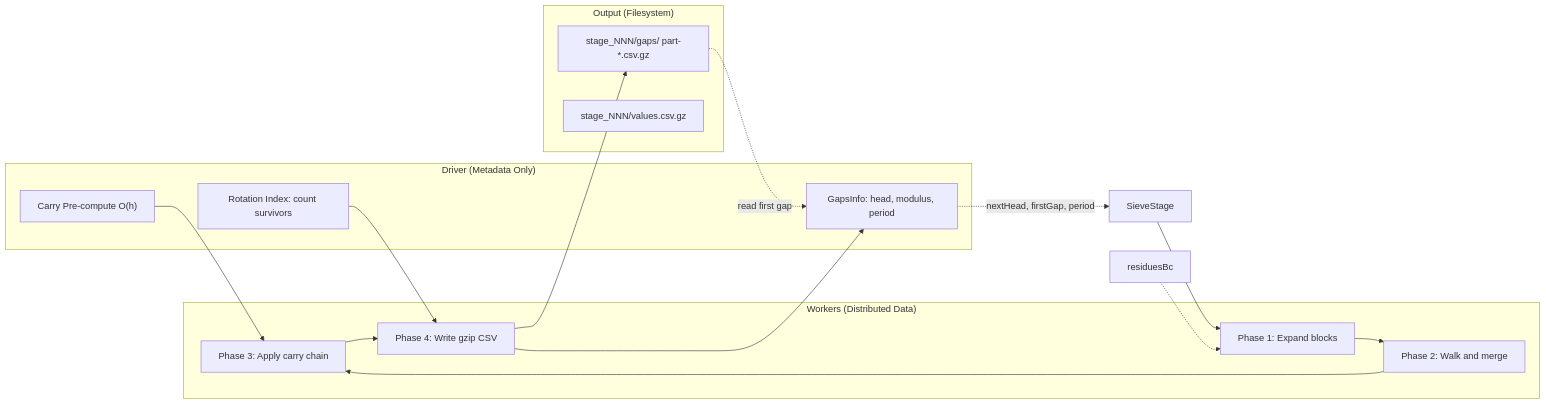
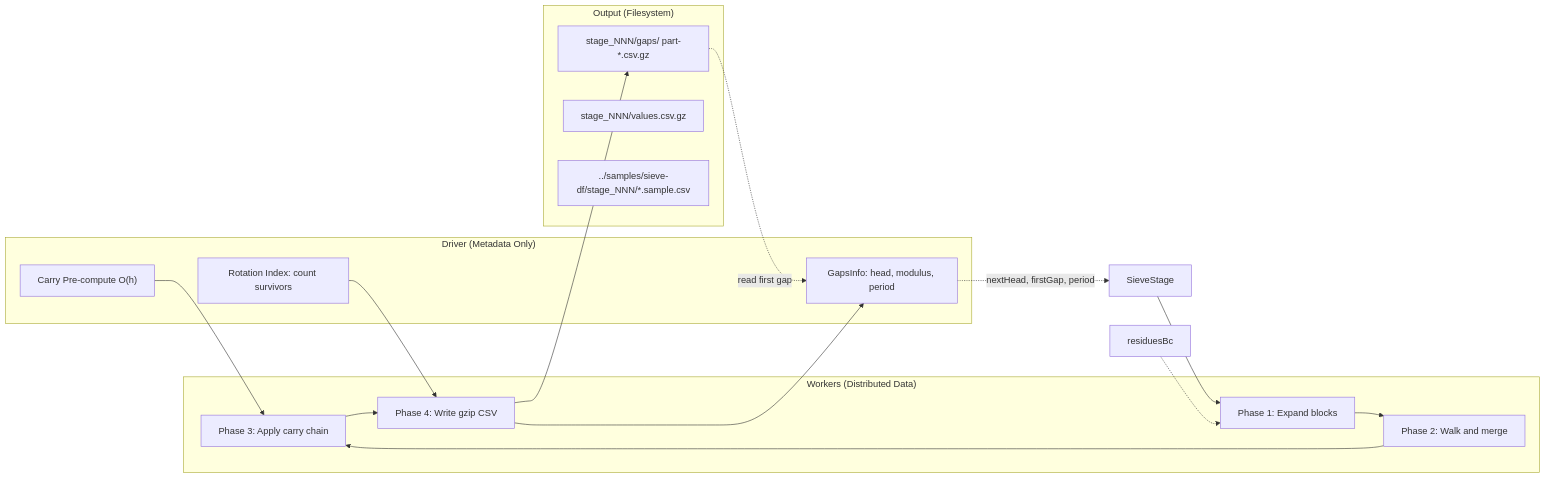
One commit to thiagomata/prime-numbers changed the diagram in spark/README.md. Above: the diagram before and after it, drawn with Mermaid. The commit also changed other lines of this file and 75 other files, not shown here.

````diff
--- a/spark/README.md
+++ b/spark/README.md
@@ -7,32 +7,33 @@
 ```mermaid
 flowchart LR
     subgraph Driver["Driver (Metadata Only)"]
         CP["Carry Pre-compute O(h)"]
         RT["Rotation Index: count survivors"]
         GI["GapsInfo: head, modulus, period"]
     end
 
     subgraph Workers["Workers (Distributed Data)"]
         P1["Phase 1: Expand blocks"]
         P2["Phase 2: Walk and merge"]
         P3["Phase 3: Apply carry chain"]
         P4["Phase 4: Write gzip CSV"]
     end
 
     subgraph Output["Output (Filesystem)"]
         CSV["stage_NNN/gaps/ part-*.csv.gz"]
         VAL["stage_NNN/values.csv.gz"]
+        SAMPLE["../samples/sieve-df/stage_NNN/*.sample.csv"]
     end
 
     SieveStage --> P1
     residuesBc -.-> P1
     
     CP --> P3
     RT --> P4
 
     P1 --> P2 --> P3 --> P4 --> CSV
     P4 --> GI
     GI -.-> |nextHead, firstGap, period| SieveStage
 
     CSV -.-> |read first gap| GI
 ```
````
